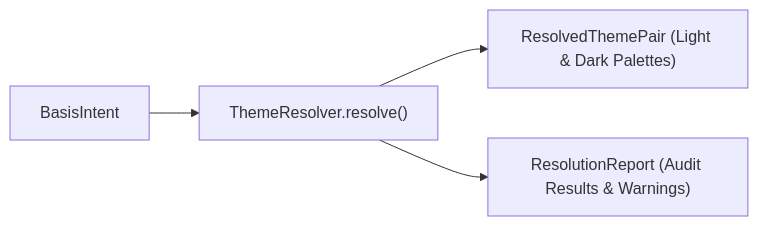
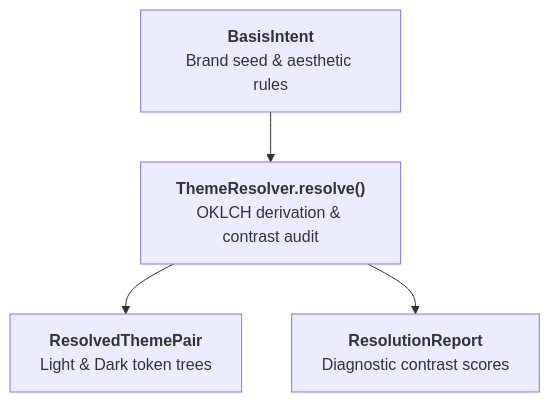
One commit to alph-a07/basis changed the diagram in docs/docs-site/src/content/docs/theming/resolution.mdx. Above: the diagram before and after it, drawn with Mermaid. The commit also changed 8 other files, not shown here.

Commit message:
fix(docs): resolve tiny mermaid scaling and text truncation

````diff
--- a/docs/docs-site/src/content/docs/theming/resolution.mdx
+++ b/docs/docs-site/src/content/docs/theming/resolution.mdx
@@ -11,6 +11,7 @@
 ```mermaid
-flowchart LR
-    Intent["BasisIntent"] --> Resolver["ThemeResolver.resolve()"]
-    Resolver --> Theme["ResolvedThemePair (Light & Dark Palettes)"]
-    Resolver --> Report["ResolutionReport (Audit Results & Warnings)"]
+flowchart TD
+    Intent["<b>BasisIntent</b><br/>Brand seed & aesthetic rules"]
+    --> Resolver["<b>ThemeResolver.resolve()</b><br/>OKLCH derivation & contrast audit"]
+    Resolver --> Theme["<b>ResolvedThemePair</b><br/>Light & Dark token trees"]
+    Resolver --> Report["<b>ResolutionReport</b><br/>Diagnostic contrast scores"]
 ```
````
